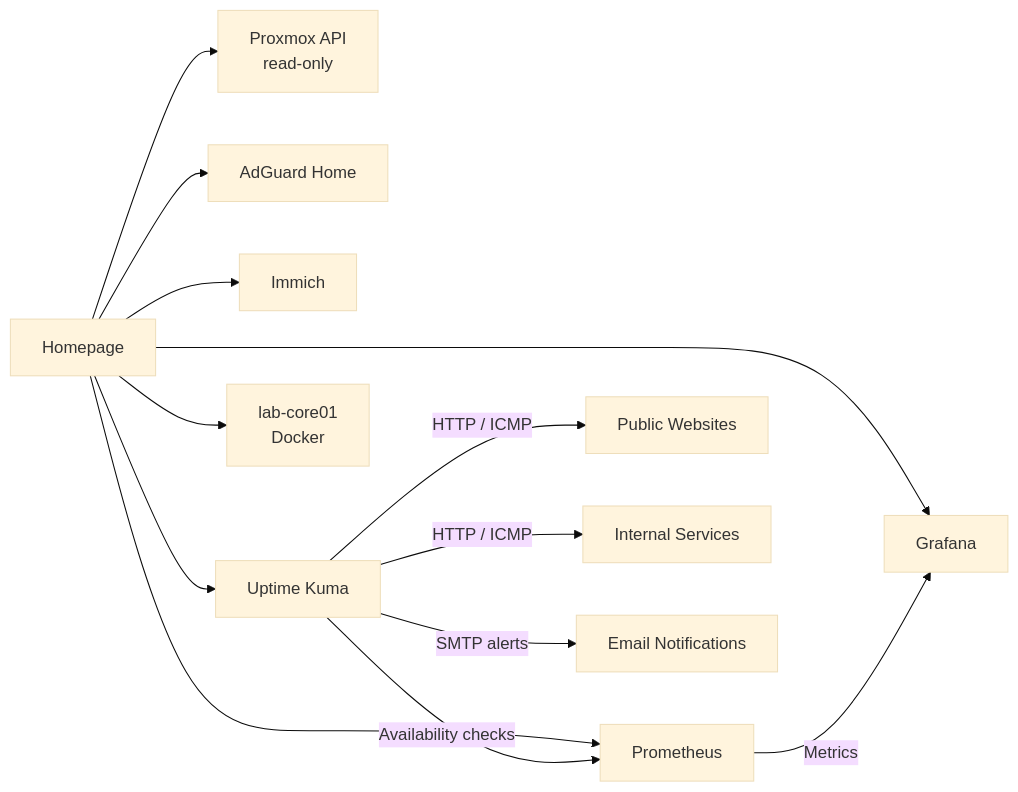
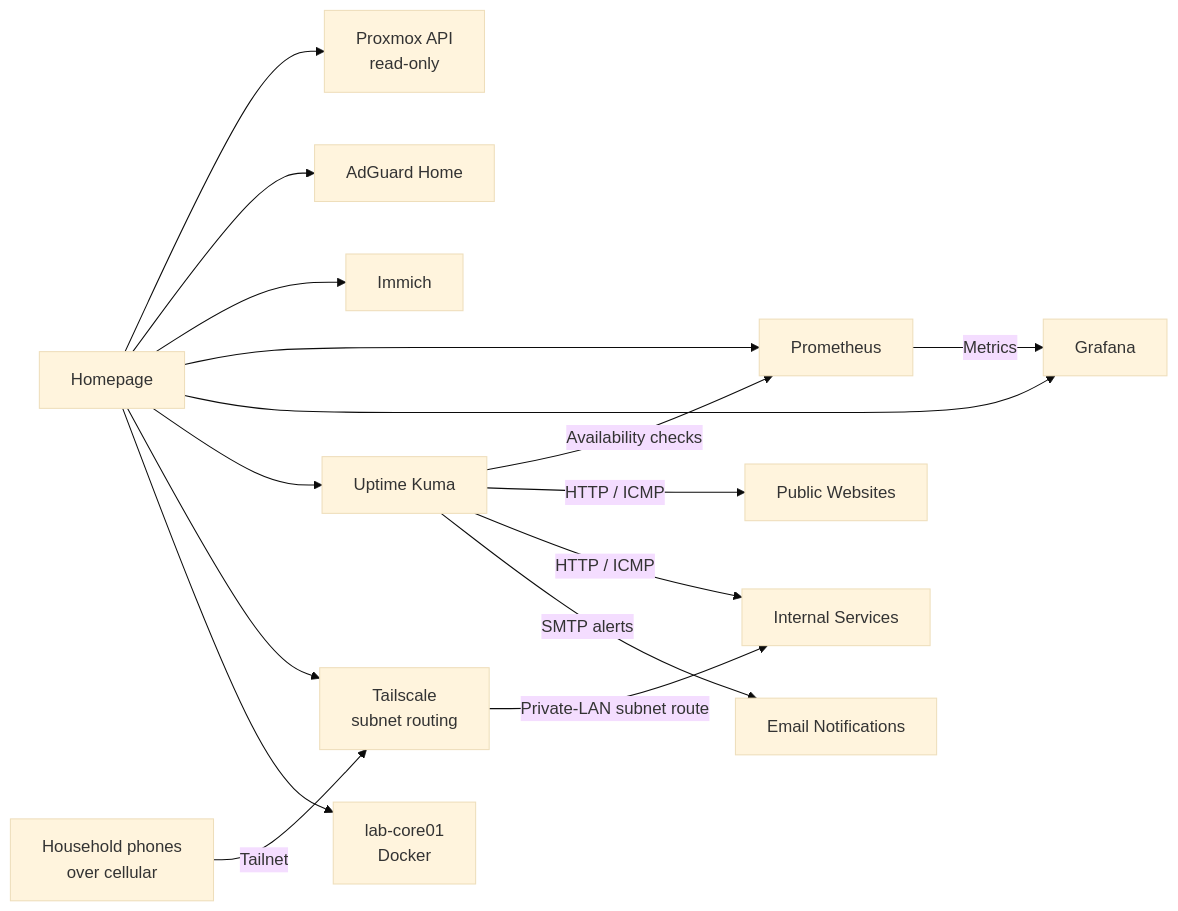
One commit to Tearstone/tearstone-homelab changed the second of 6 diagrams in docs/architecture.md. Above: the diagram before and after it, drawn with Mermaid (base theme). The commit also changed other lines of this file and 13 other files, not shown here.

````diff
--- a/docs/architecture.md
+++ b/docs/architecture.md
@@ -98,28 +103,33 @@
 ```mermaid
 flowchart LR
     Homepage["Homepage"]
     Proxmox["Proxmox API\nread-only"]
     DNS["AdGuard Home"]
     Immich["Immich"]
     Prometheus["Prometheus"]
     Grafana["Grafana"]
     Uptime["Uptime Kuma"]
+    Tailscale["Tailscale\nsubnet routing"]
     Core["lab-core01\nDocker"]
     Public["Public Websites"]
     Internal["Internal Services"]
     SMTP["Email Notifications"]
+    Phones["Household phones\nover cellular"]
 
     Homepage --> Proxmox
     Homepage --> DNS
     Homepage --> Immich
     Homepage --> Prometheus
     Homepage --> Grafana
     Homepage --> Uptime
+    Homepage --> Tailscale
     Homepage --> Core
 
     Prometheus -->|"Metrics"| Grafana
     Uptime -->|"Availability checks"| Prometheus
     Uptime -->|"HTTP / ICMP"| Public
     Uptime -->|"HTTP / ICMP"| Internal
     Uptime -->|"SMTP alerts"| SMTP
+    Phones -->|"Tailnet"| Tailscale
+    Tailscale -->|"Private-LAN subnet route"| Internal
 ```
````
